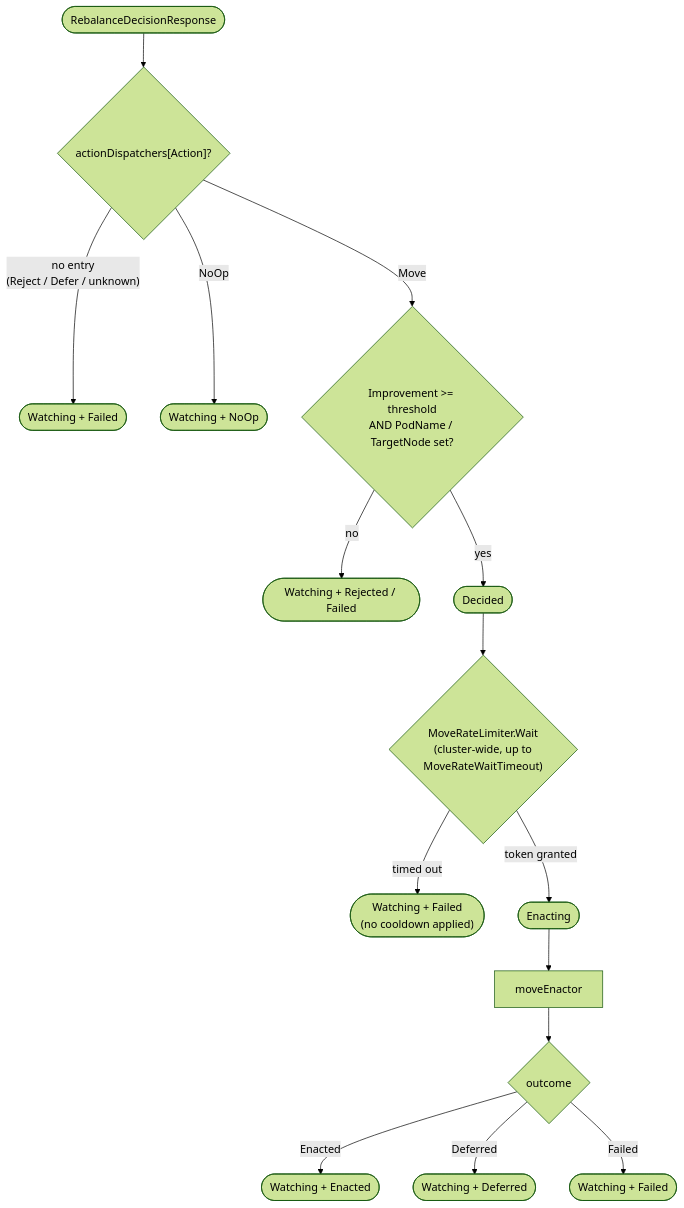
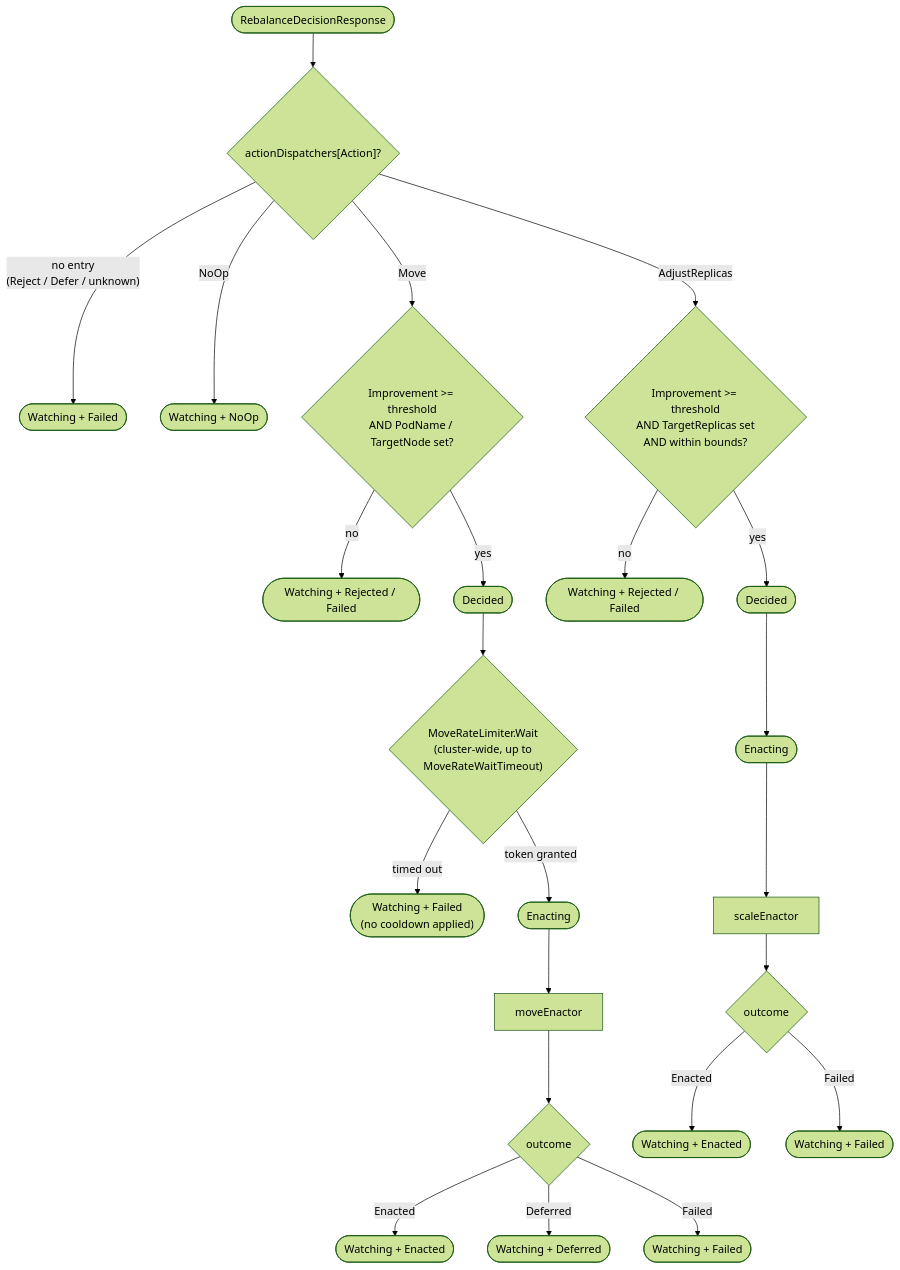
The eighth of 26 diagrams in internal/rebalance/README.md (HIRO-MicroDataCenters-BV/hiro-adaptive-orchestrator), drawn with Mermaid (forest theme) before and after one commit. The commit also changed other lines of this file and 16 other files, not shown here.

Commit message:
Add rebalance dry-run mode and AdjustReplicas scaling enactor

````diff
--- a/internal/rebalance/README.md
+++ b/internal/rebalance/README.md
@@ -346,16 +349,23 @@
 ```mermaid
 flowchart TD
     Resp(["RebalanceDecisionResponse"]) --> Reg{"actionDispatchers[Action]?"}
     Reg -- "no entry<br/>(Reject / Defer / unknown)" --> F1(["Watching + Failed"])
     Reg -- NoOp --> N1(["Watching + NoOp"])
     Reg -- Move --> G{"Improvement >= threshold<br/>AND PodName / TargetNode set?"}
     G -- no --> Rej(["Watching + Rejected / Failed"])
     G -- yes --> D(["Decided"])
     D --> RL{"MoveRateLimiter.Wait<br/>(cluster-wide, up to<br/>MoveRateWaitTimeout)"}
     RL -- "timed out" --> RLF(["Watching + Failed<br/>(no cooldown applied)"])
     RL -- "token granted" --> Enacting(["Enacting"]) --> ME["moveEnactor"]
     ME --> Out{"outcome"}
     Out -- Enacted --> W1(["Watching + Enacted"])
     Out -- Deferred --> W2(["Watching + Deferred"])
     Out -- Failed --> W3(["Watching + Failed"])
+
+    Reg -- AdjustReplicas --> G2{"Improvement >= threshold<br/>AND TargetReplicas set<br/>AND within bounds?"}
+    G2 -- no --> Rej2(["Watching + Rejected / Failed"])
+    G2 -- yes --> D2(["Decided"]) --> Enacting2(["Enacting"]) --> SE["scaleEnactor"]
+    SE --> Out2{"outcome"}
+    Out2 -- Enacted --> W4(["Watching + Enacted"])
+    Out2 -- Failed --> W5(["Watching + Failed"])
 ```
````
